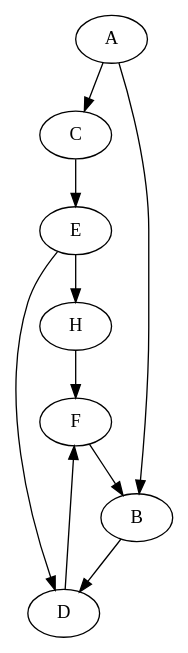
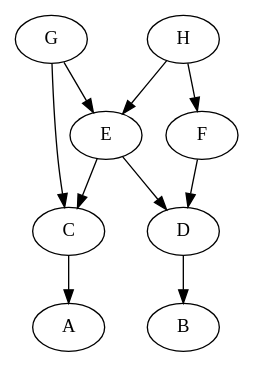
One commit to DuduO6/YOTO changed the diagram in exemplo.dot. Above: the diagram before and after it, drawn with Graphviz. The commit also changed 2 other files, not shown here.

```diff
--- a/exemplo.dot
+++ b/exemplo.dot
@@ -1,17 +1,15 @@
 digraph G {
-    // duas fontes
-    A -> C;
-    A -> B;
+  C -> A;
+  G -> C;
 
-    // ramos paralelos
-    C -> E;
-    E -> H;
+  G -> E;
 
-    B -> D;
-    D -> F;
-    F -> B;
+  H -> E;
 
-    // reconvergências (cruzamentos entre os ramos)
-    E -> D;   // reconvergência 1
-    H -> F;   // reconvergência 2
+  E -> C;  
+  E -> D;  
+  H -> F;  
+  
+  D -> B;
+  F -> D;
 }
```
